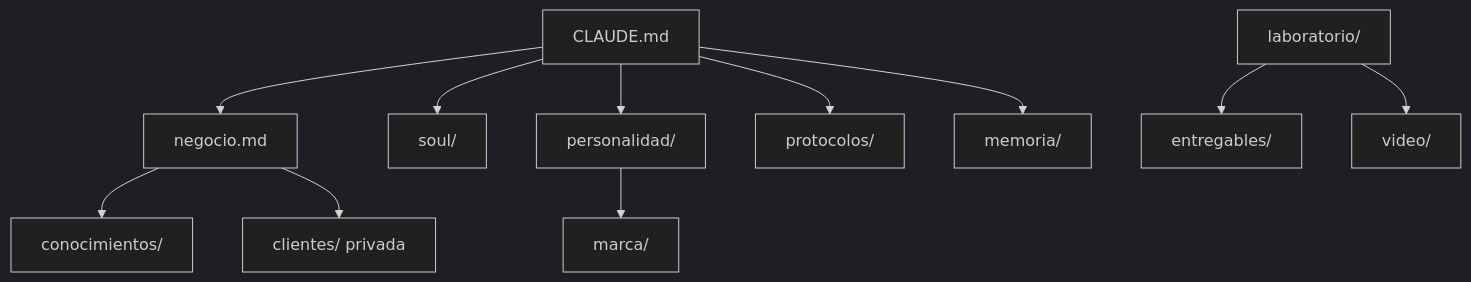
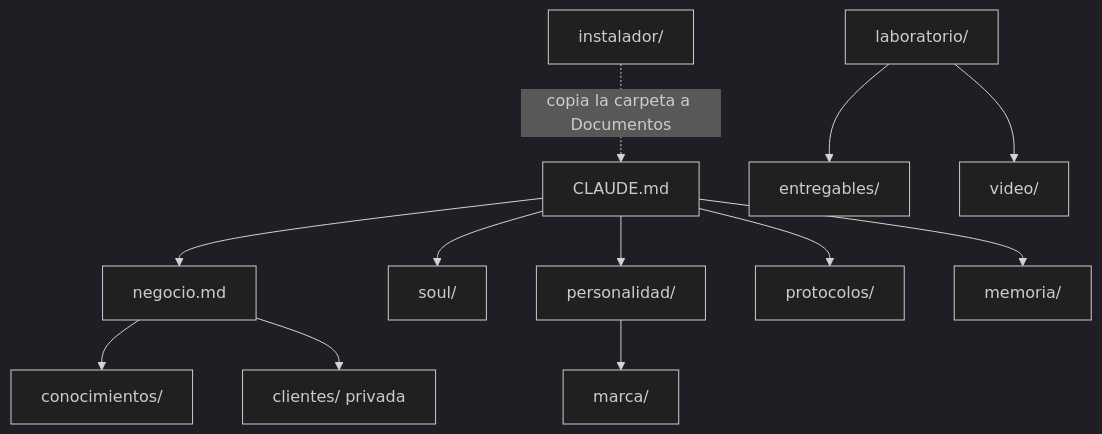
One commit to dermaiselamendez-eng/clarito- changed the diagram in grafo/MAPA.md. Above: the diagram before and after it, drawn with Mermaid (dark theme). The commit also changed other lines of this file and 9 other files, not shown here.

````diff
--- a/grafo/MAPA.md
+++ b/grafo/MAPA.md
@@ -3,13 +3,14 @@
 ```mermaid
 graph TD
   C[CLAUDE.md] --> N[negocio.md]
   C --> S[soul/]
   C --> P[personalidad/]
   C --> R[protocolos/]
   C --> M[memoria/]
   N --> K[conocimientos/]
   N --> CL[clientes/ privada]
   P --> MA[marca/]
   L[laboratorio/] --> E[entregables/]
   L --> V[video/]
+  I[instalador/] -. copia la carpeta a Documentos .-> C
 ```
````
